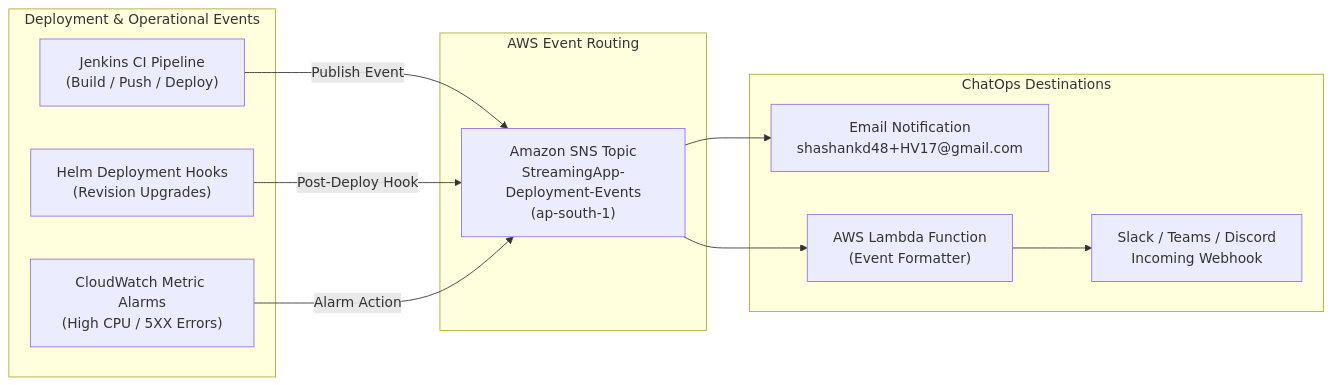
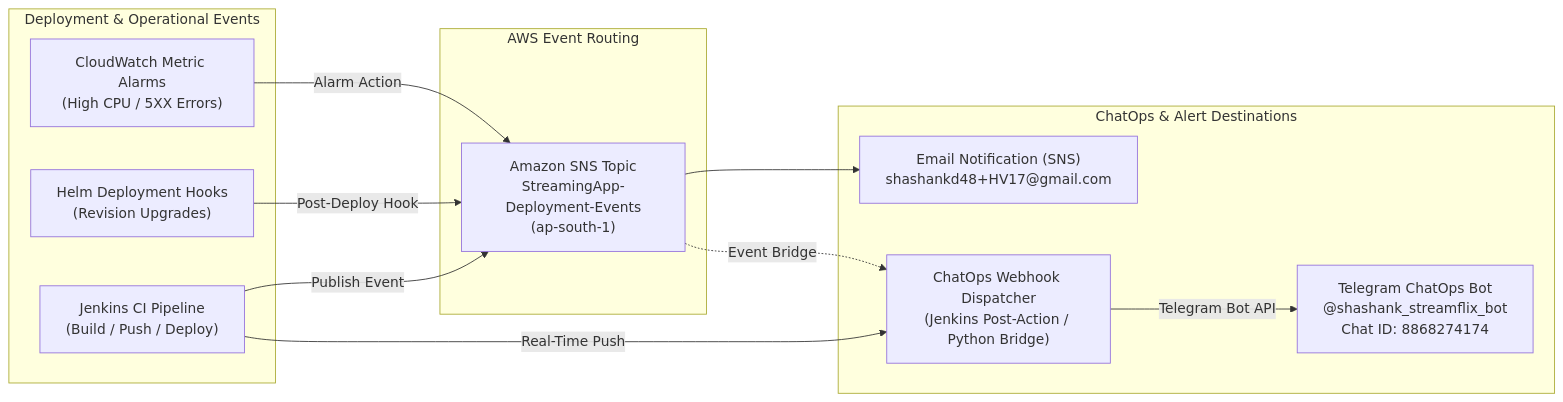
The second of 3 diagrams in documentation.md (Shashankd48/StreamingApp), drawn with Mermaid before and after one commit. The commit also changed other lines of this file and 4 other files, not shown here.

Commit message:
docs(step-9): integrate Telegram ChatOps bot with live proofs and remove Slack references

````diff
--- a/documentation.md
+++ b/documentation.md
@@ -1788,26 +1788,27 @@
 ```mermaid
 graph LR
     subgraph "Deployment & Operational Events"
         JenkinsPipeline["Jenkins CI Pipeline<br/>(Build / Push / Deploy)"]
         HelmRelease["Helm Deployment Hooks<br/>(Revision Upgrades)"]
         CWAlarm["CloudWatch Metric Alarms<br/>(High CPU / 5XX Errors)"]
     end
 
     subgraph "AWS Event Routing"
         SNSTopic["Amazon SNS Topic<br/>StreamingApp-Deployment-Events<br/>(ap-south-1)"]
     end
 
-    subgraph "ChatOps Destinations"
-        Email["Email Notification<br/>shashankd48+HV17@gmail.com"]
-        SlackWebhook["Slack / Teams / Discord<br/>Incoming Webhook"]
-        Lambda["AWS Lambda Function<br/>(Event Formatter)"]
+    subgraph "ChatOps & Alert Destinations"
+        Email["Email Notification (SNS)<br/>shashankd48+HV17@gmail.com"]
+        TelegramBot["Telegram ChatOps Bot<br/>@shashank_streamflix_bot<br/>Chat ID: 8868274174"]
+        ChatOpsDispatcher["ChatOps Webhook Dispatcher<br/>(Jenkins Post-Action / Python Bridge)"]
     end
 
     JenkinsPipeline -->|"Publish Event"| SNSTopic
+    JenkinsPipeline -->|"Real-Time Push"| ChatOpsDispatcher
     HelmRelease -->|"Post-Deploy Hook"| SNSTopic
     CWAlarm -->|"Alarm Action"| SNSTopic
 
     SNSTopic --> Email
-    SNSTopic --> Lambda
-    Lambda --> SlackWebhook
+    ChatOpsDispatcher -->|"Telegram Bot API"| TelegramBot
+    SNSTopic -.->|"Event Bridge"| ChatOpsDispatcher
 ```
````
